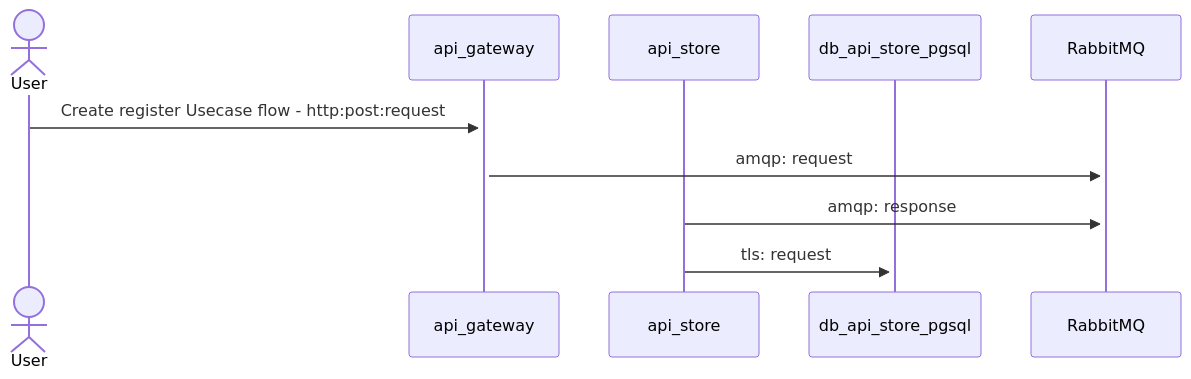
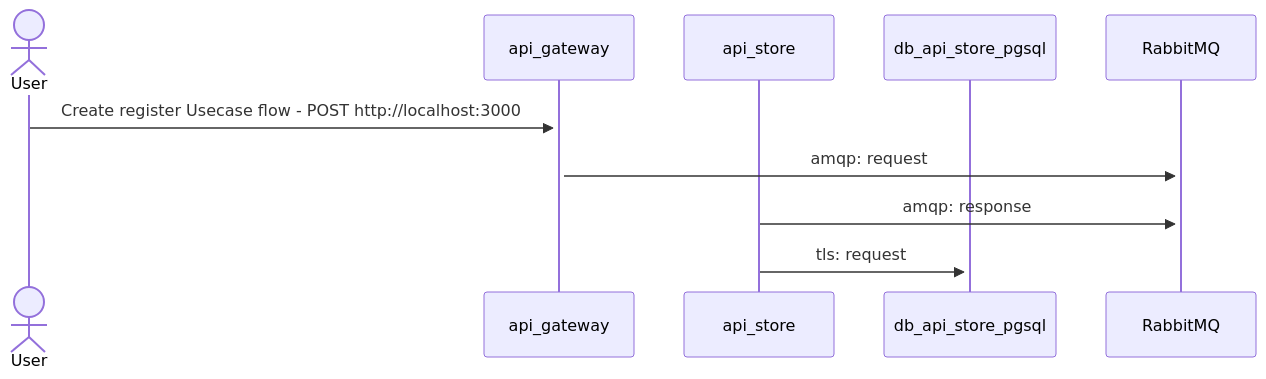
One commit to cristiano182/node.js-grpc-rabbitmq changed the first of 2 diagrams in README.md. Above: the diagram before and after it, drawn with Mermaid. The commit also changed other lines of this file, not shown here.

````diff
--- a/README.md
+++ b/README.md
@@ -3,13 +3,13 @@
 ```mermaid
 sequenceDiagram
     actor User
     participant api_gateway
     participant api_store
     participant db_api_store_pgsql
     participant RabbitMQ
 
-    User  ->>+ api_gateway: Create register Usecase flow - http:post:request
+    User  ->>+ api_gateway: Create register Usecase flow - POST http://localhost:3000
     api_gateway     ->>+ RabbitMQ:     amqp: request
     api_store     ->>+ RabbitMQ:      amqp: response
     api_store      ->>+ db_api_store_pgsql: tls: request
 ```
````
